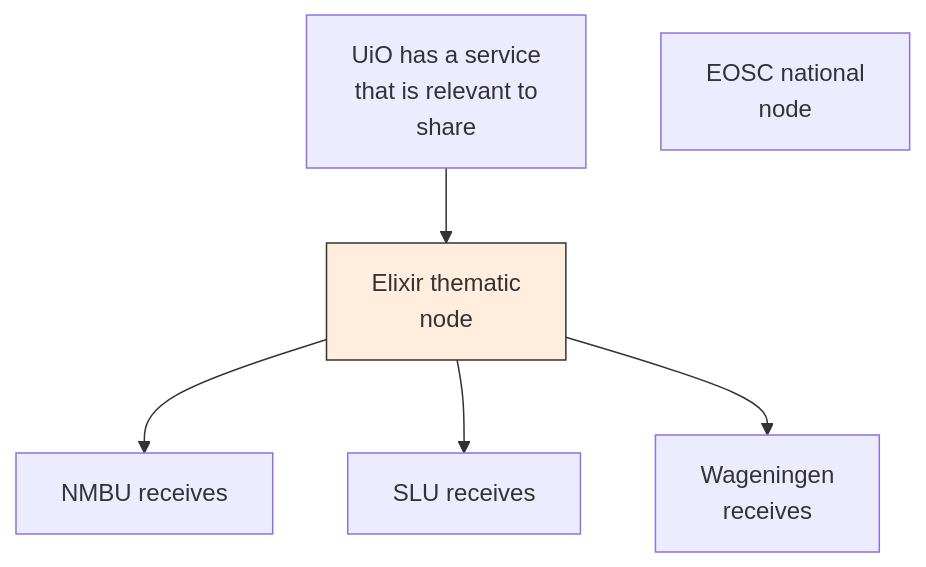
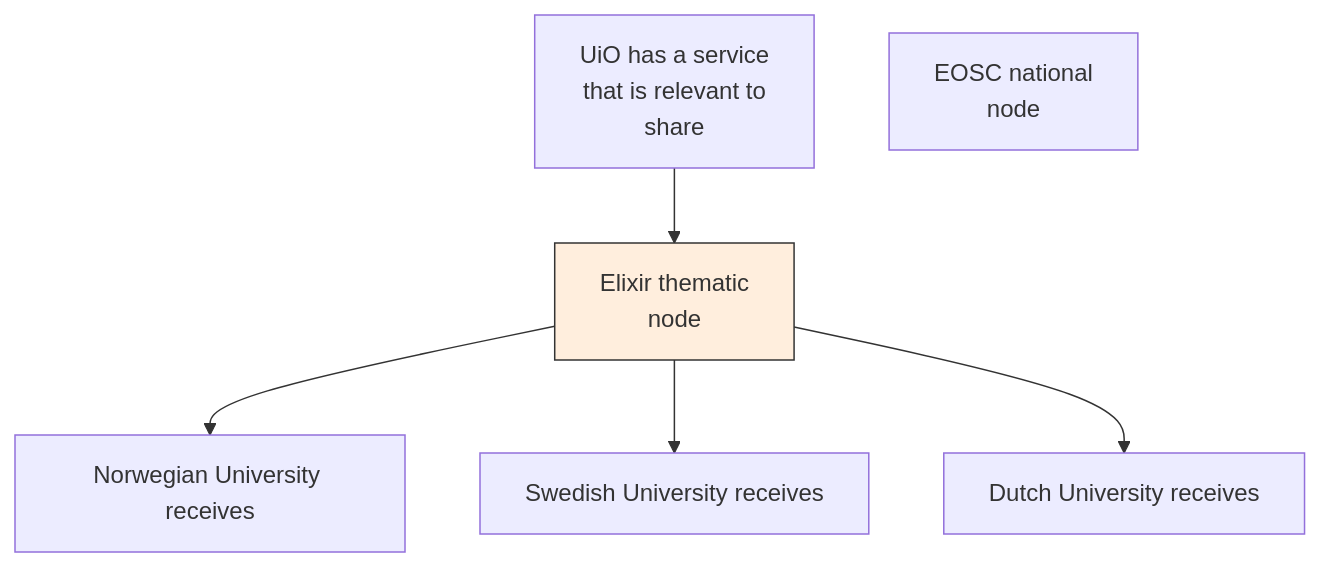
Before and after one commit to sigridg/EOSC: the second of 2 diagrams in services.md, drawn with Mermaid. The commit also changed other lines of this file and 1 other file, not shown here.

````diff
--- a/services.md
+++ b/services.md
@@ -28,10 +28,10 @@
 ```mermaid
 graph TD
     A[UiO has a service<br/>that is relevant to<br/>share] --> B[Elixir thematic<br/>node]
     C[EOSC national<br/>node]
-    B --> D[NMBU receives]
-    B --> E[SLU receives]
-    B --> F[Wageningen<br/>receives]
+    B --> D[Norwegian University receives]
+    B --> E[Swedish University receives]
+    B --> F[Dutch University receives]
     
     style B fill:#fed,stroke:#333
 ```
````
